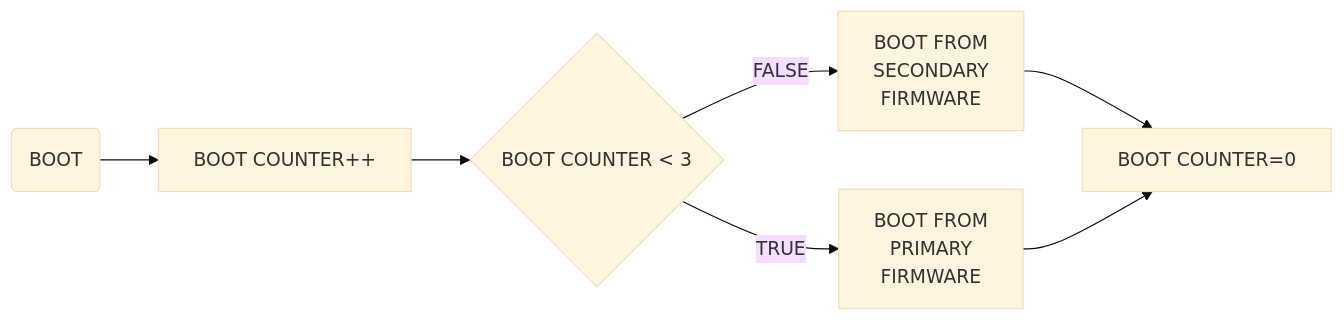
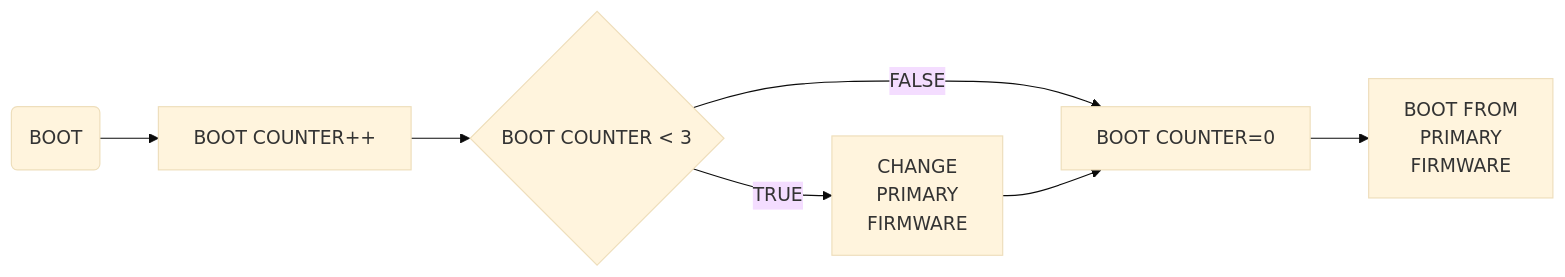
The diagram in README.md (PeakSat/OBC-bootloader), drawn with Mermaid (base theme) before and after one commit. The commit also changed other lines of this file and 5 other files, not shown here.

````diff
--- a/README.md
+++ b/README.md
@@ -4,9 +4,10 @@
 ```mermaid
 graph LR
 A(BOOT) --> B[BOOT COUNTER++]
 B --> C{BOOT COUNTER < 3}
-C -- FALSE --> D[BOOT FROM<BR>SECONDARY<BR>FIRMWARE]
-C -- TRUE --> E[BOOT FROM<BR>PRIMARY<BR>FIRMWARE]
-D --> F[BOOT COUNTER=0]
-E --> F
+C -- FALSE --> F
+C -- TRUE --> G[CHANGE<BR>PRIMARY<BR>FIRMWARE]
+G --> F[BOOT COUNTER=0]
+E[BOOT FROM<BR>PRIMARY<BR>FIRMWARE]
+F --> E
 ```
````
